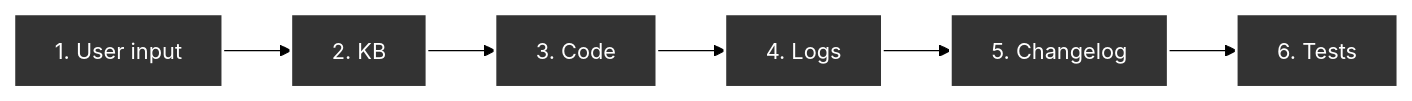
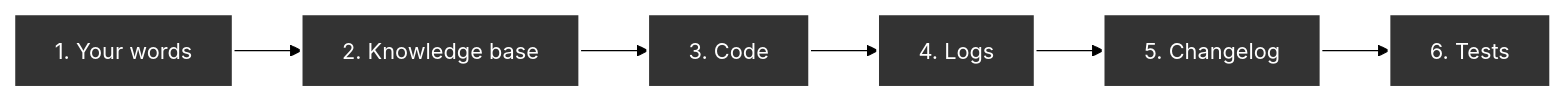
One commit to jacoby149/web10 changed the third of 4 diagrams in knowledge/knowledge-theories/ai-use-theory.md. Above: the diagram before and after it, drawn with Mermaid (forest theme). The commit also changed other lines of this file and 1 other file, not shown here.

````diff
--- a/knowledge/knowledge-theories/ai-use-theory.md
+++ b/knowledge/knowledge-theories/ai-use-theory.md
@@ -62,11 +74,11 @@
 ```mermaid
 flowchart LR
-    S1["1. User input"] --> S2["2. KB"]
+    S1["1. Your words"] --> S2["2. Knowledge base"]
     S2 --> S3["3. Code"]
     S3 --> S4["4. Logs"]
     S4 --> S5["5. Changelog"]
     S5 --> S6["6. Tests"]
 
     classDef signal fill:#333,color:#fff,stroke:#fff,stroke-width:2px
     class S1,S2,S3,S4,S5,S6 signal
 ```
````
